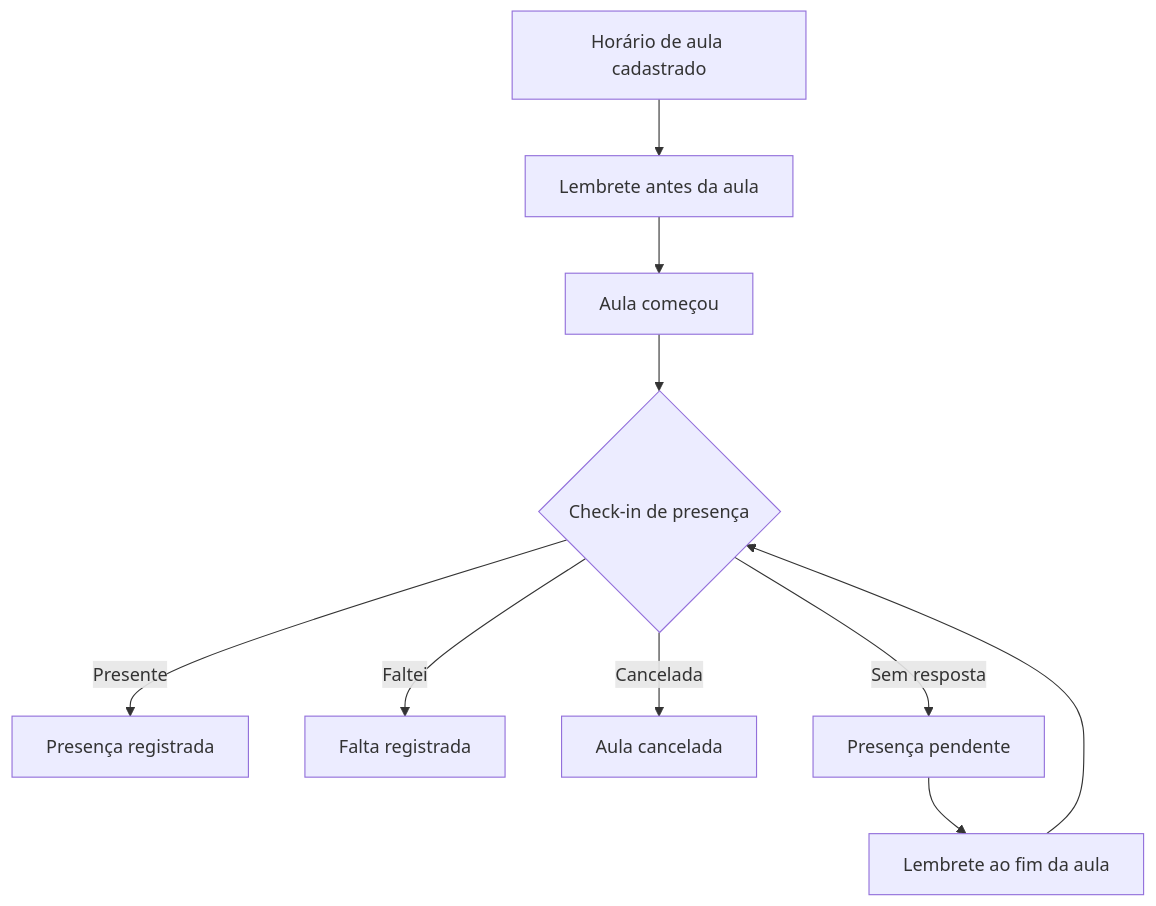
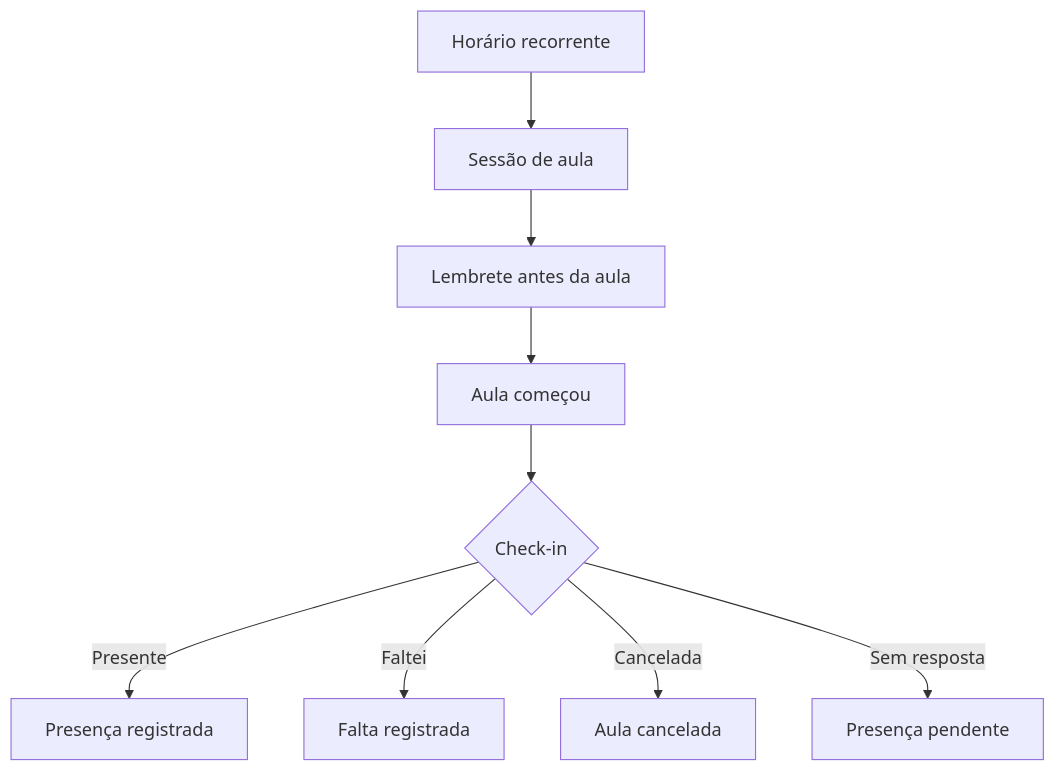
One commit to VictorAms12/academia-flow changed the first of 2 diagrams in README.md. Above: the diagram before and after it, drawn with Mermaid. The commit also changed other lines of this file and 31 other files, not shown here.

First line of the commit message:
Academia Flow v2.5.10 - estabilização pré-2.6

````diff
--- a/README.md
+++ b/README.md
@@ -51,12 +50,11 @@
 ```mermaid
 flowchart TD
-    A[Horário de aula cadastrado] --> B[Lembrete antes da aula]
-    B --> C[Aula começou]
-    C --> D{Check-in de presença}
-    D -->|Presente| E[Presença registrada]
-    D -->|Faltei| F[Falta registrada]
-    D -->|Cancelada| G[Aula cancelada]
-    D -->|Sem resposta| H[Presença pendente]
-    H --> I[Lembrete ao fim da aula]
-    I --> D
+    A[Horário recorrente] --> B[Sessão de aula]
+    B --> C[Lembrete antes da aula]
+    C --> D[Aula começou]
+    D --> E{Check-in}
+    E -->|Presente| F[Presença registrada]
+    E -->|Faltei| G[Falta registrada]
+    E -->|Cancelada| H[Aula cancelada]
+    E -->|Sem resposta| I[Presença pendente]
 ```
````
